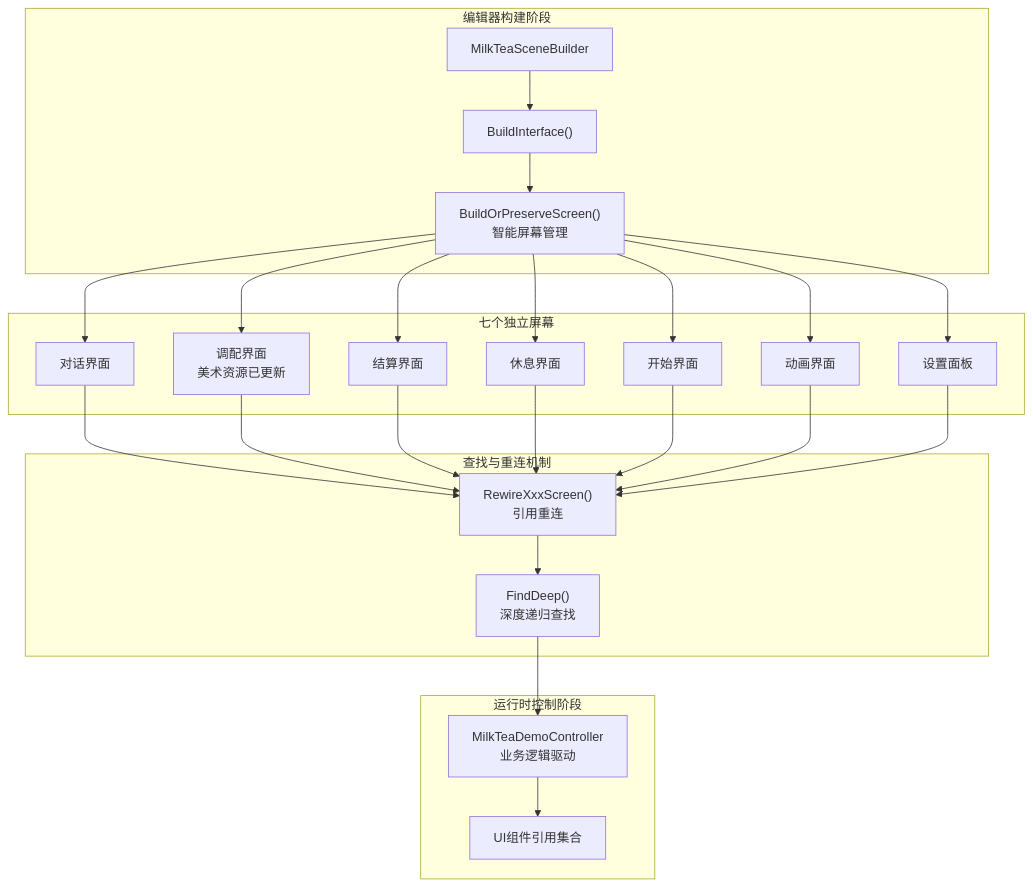
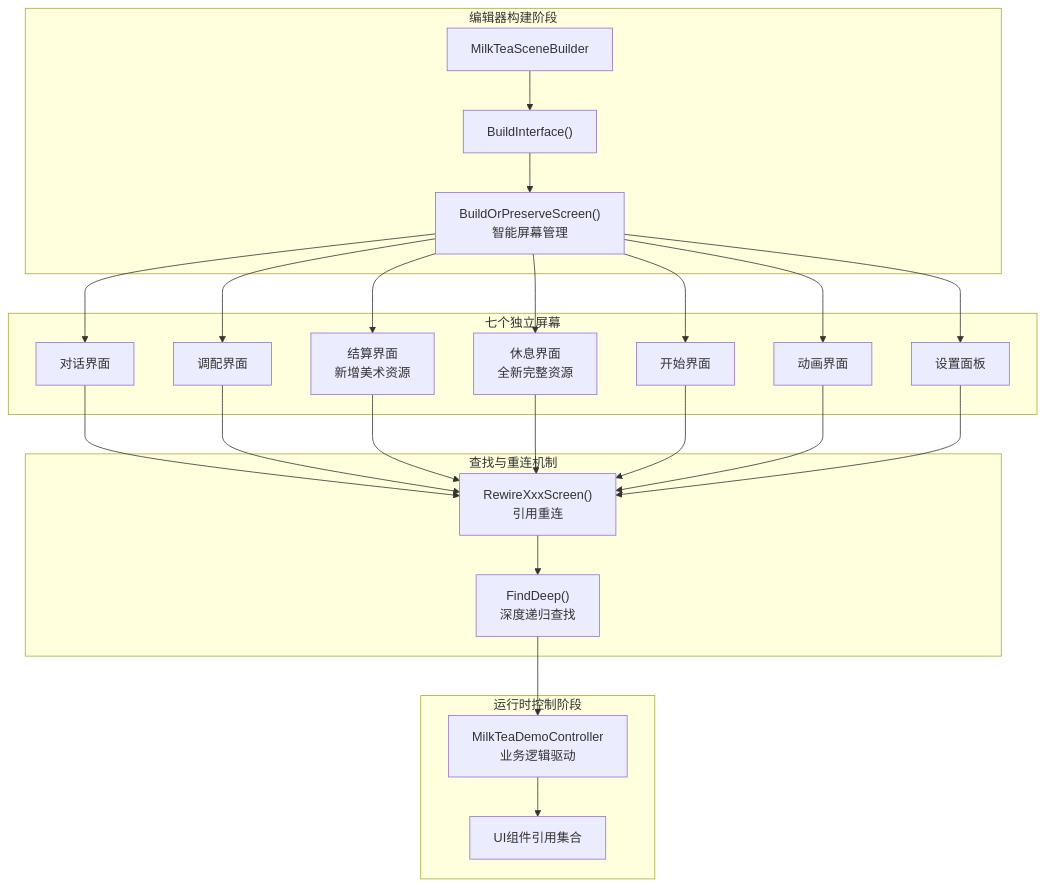
One commit to Thanatos42/-demo changed the second of 5 diagrams in .qoder/repowiki/zh/content/核心系统详解/UI系统架构.md. Above: the diagram before and after it, drawn with Mermaid. The commit also changed other lines of this file and 2 other files, not shown here.

````diff
--- a/.qoder/repowiki/zh/content/核心系统详解/UI系统架构.md
+++ b/.qoder/repowiki/zh/content/核心系统详解/UI系统架构.md
@@ -120,44 +121,44 @@
 ```mermaid
 graph TB
 subgraph "编辑器构建阶段"
 Boot["MilkTeaSceneBuilder"]
 Build["BuildInterface()"]
 Smart["BuildOrPreserveScreen()<br/>智能屏幕管理"]
 end
 subgraph "运行时控制阶段"
 Controller["MilkTeaDemoController<br/>业务逻辑驱动"]
 Refs["UI组件引用集合"]
 end
 subgraph "七个独立屏幕"
 Dialogue["对话界面"]
-Mixing["调配界面<br/>美术资源已更新"]
-Settlement["结算界面"]
-Rest["休息界面"]
+Mixing["调配界面"]
+Settlement["结算界面<br/>新增美术资源"]
+Rest["休息界面<br/>全新完整资源"]
 Start["开始界面"]
 Animation["动画界面"]
 Settings["设置面板"]
 end
 subgraph "查找与重连机制"
 Find["FindDeep()<br/>深度递归查找"]
 Rewire["RewireXxxScreen()<br/>引用重连"]
 end
 Boot --> Build
 Build --> Smart
 Smart --> Dialogue
 Smart --> Mixing
 Smart --> Settlement
 Smart --> Rest
 Smart --> Start
 Smart --> Animation
 Smart --> Settings
 Dialogue --> Rewire
 Mixing --> Rewire
 Settlement --> Rewire
 Rest --> Rewire
 Start --> Rewire
 Animation --> Rewire
 Settings --> Rewire
 Rewire --> Find
 Find --> Controller
 Controller --> Refs
 ```
````
